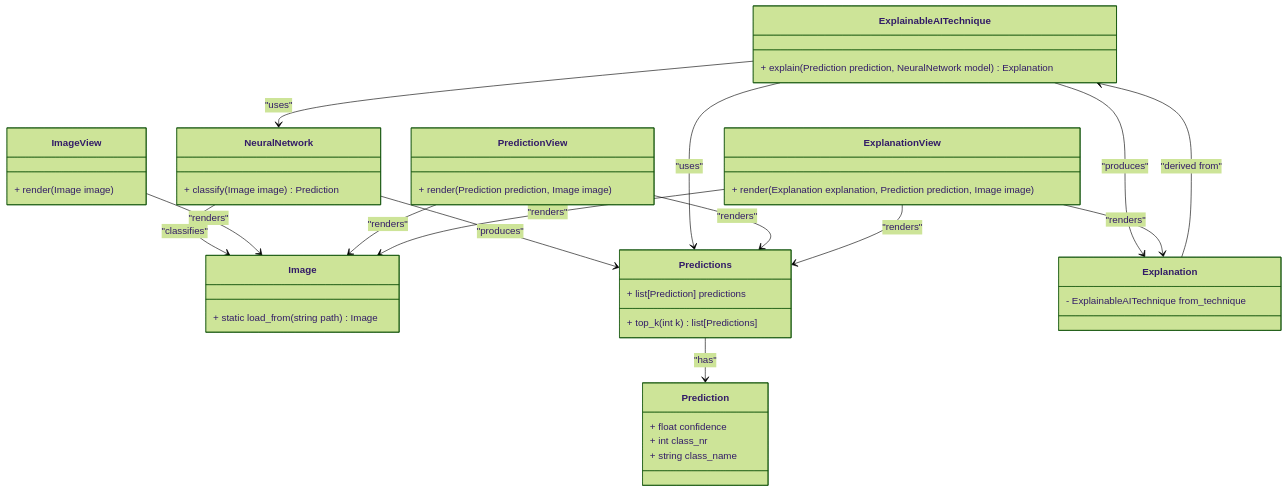
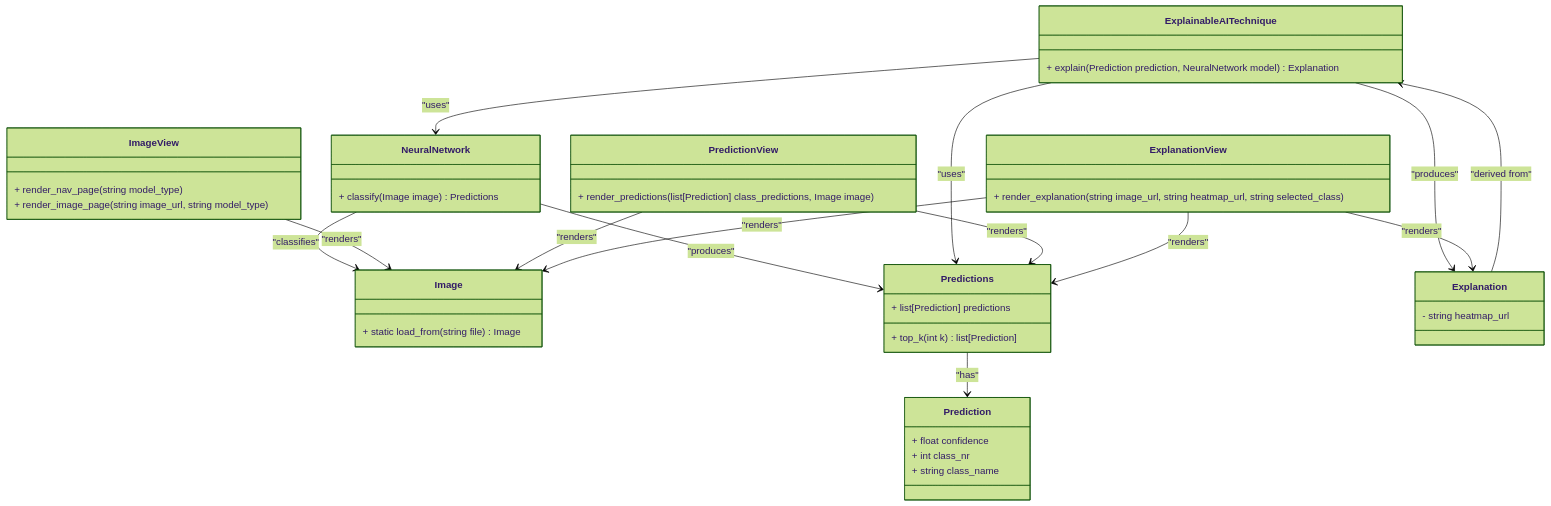
One commit to GermainGirndt/visual-explanaible-ai changed the second of 3 diagrams in documentation/02_static_and_dynamic_models.md. Above: the diagram before and after it, drawn with Mermaid (forest theme). The commit also changed other lines of this file and 5 other files, not shown here.

Commit message:
Konzeption MVP und Diagramme

````diff
--- a/documentation/02_static_and_dynamic_models.md
+++ b/documentation/02_static_and_dynamic_models.md
@@ -144,73 +146,74 @@
 ```mermaid
 classDiagram
 %% --------------------
 %% Model Layer
 %% --------------------
 class Image {
-    + static load_from(string path) Image
+    + static load_from(string file) Image
 }
 
 class NeuralNetwork {
-    + classify(Image image) Prediction
+    + classify(Image image) Predictions
 }
 
 class Predictions {
     + list[Prediction] predictions
-    + top_k(int k) list[Predictions]
+    + top_k(int k) list[Prediction]
 }
 
 class Prediction {
     + float confidence
     + int class_nr
     + string class_name
 }
 
 class ExplainableAITechnique {
     + explain(Prediction prediction, NeuralNetwork model) Explanation
 }
 
 class Explanation {
-    - ExplainableAITechnique from_technique
+    - string heatmap_url
 }
 
 %% --------------------
 %% View Layer (Separate Web Pages)
 %% --------------------
 class ImageView {
-    + render(Image image)
+    + render_nav_page(string model_type)
+    + render_image_page(string image_url, string model_type)
 }
 
 class PredictionView {
-    + render(Prediction prediction, Image image)
+    + render_predictions(list[Prediction] class_predictions, Image image)
 }
 
 class ExplanationView {
-    + render(Explanation explanation, Prediction prediction, Image image)
+    + render_explanation(string image_url, string heatmap_url, string selected_class)
 }
 
 %% --------------------
 %% Relationships (Models)
 %% --------------------
 NeuralNetwork --> Image : "classifies"
 NeuralNetwork --> Predictions : "produces"
 Predictions --> Prediction : "has"
 
 ExplainableAITechnique --> NeuralNetwork : "uses"
 ExplainableAITechnique --> Predictions : "uses"
 ExplainableAITechnique --> Explanation : "produces"
 
 Explanation --> ExplainableAITechnique : "derived from"
 
 %% --------------------
 %% Relationships (Views)
 %% --------------------
 ImageView --> Image : "renders"
 
 PredictionView --> Predictions : "renders"
 PredictionView --> Image : "renders"
 
 ExplanationView --> Explanation : "renders"
 ExplanationView --> Predictions : "renders"
 ExplanationView --> Image : "renders"
 
 ```
````
